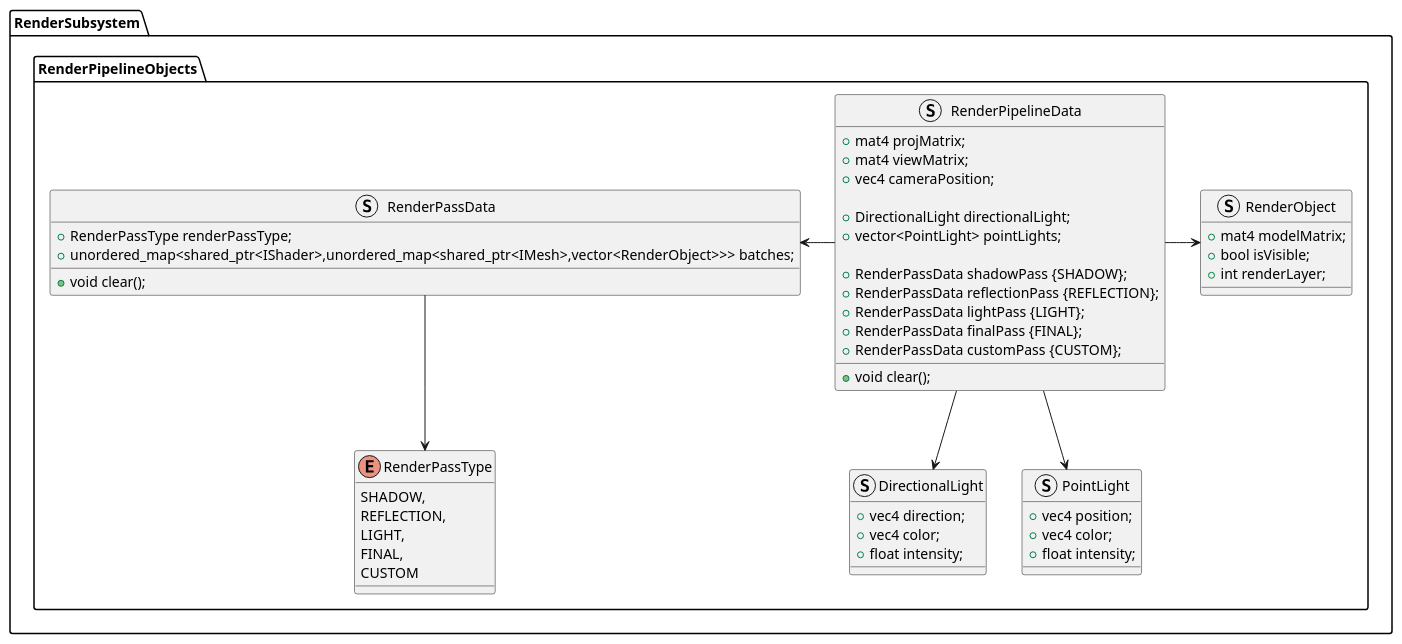
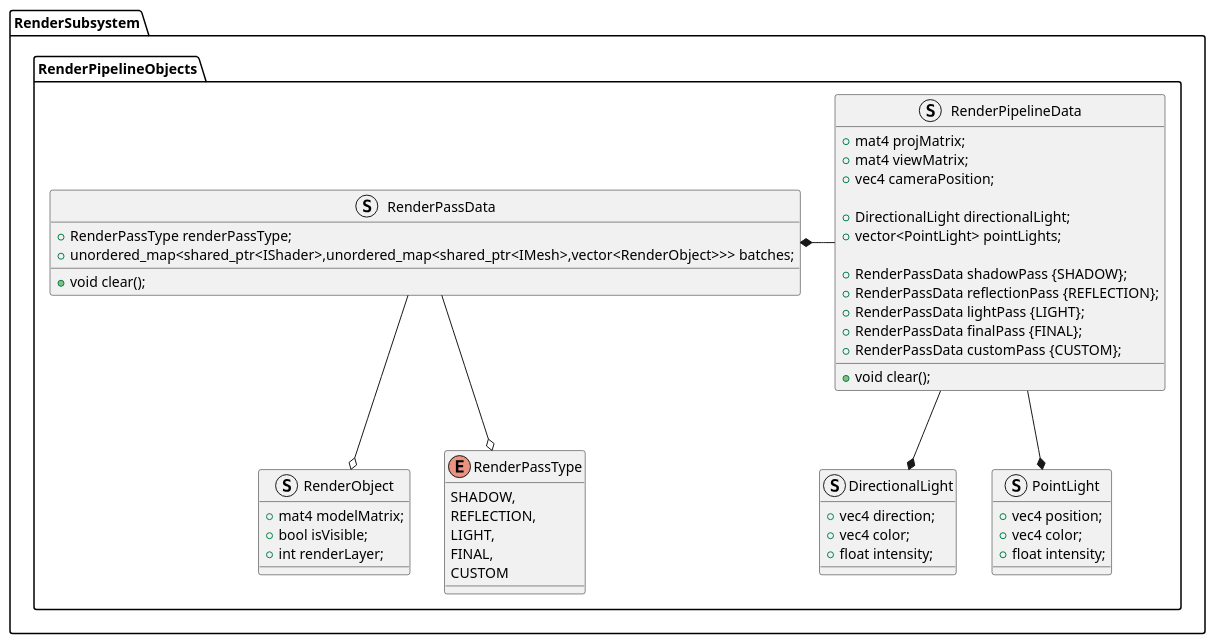
Before and after one commit to MEgorov4/LampyEngine: the diagram in docs/diagrams/src/class_diagram/RenderSubsystem/RenderPipelineObjects.puml, drawn with PlantUML. The commit also changed 14 other files, not shown here.

```diff
--- a/docs/diagrams/src/class_diagram/RenderSubsystem/RenderPipelineObjects.puml
+++ b/docs/diagrams/src/class_diagram/RenderSubsystem/RenderPipelineObjects.puml
@@ -1,66 +1,66 @@
 @startuml
 package RenderSubsystem.RenderPipelineObjects {
     struct DirectionalLight 
     {
         +vec4 direction;
         +vec4 color;
         +float intensity;
     }
 
     struct PointLight
     {
         +vec4 position;
         +vec4 color;
         +float intensity;
     }
 
     struct RenderObject
     {
         +mat4 modelMatrix;
         +bool isVisible;
         +int renderLayer;
     }    
 
     enum RenderPassType
     {
         SHADOW,
         REFLECTION,
         LIGHT,
         FINAL,
         CUSTOM
     }
 
     struct RenderPassData 
     {
         +RenderPassType renderPassType;
         +unordered_map<shared_ptr<IShader>,unordered_map<shared_ptr<IMesh>,vector<RenderObject>>> batches;
         +void clear();
     }
 
     struct RenderPipelineData
     {
         +mat4 projMatrix;
         +mat4 viewMatrix;
         +vec4 cameraPosition;
 
         +DirectionalLight directionalLight;
         +vector<PointLight> pointLights; 
 
         +RenderPassData shadowPass {SHADOW};
         +RenderPassData reflectionPass {REFLECTION};
         +RenderPassData lightPass {LIGHT};
         +RenderPassData finalPass {FINAL};
         +RenderPassData customPass {CUSTOM};
 
         +void clear();
     }
 
-    RenderPassData --> RenderPassType
+    RenderPassData --o RenderPassType
+    RenderPassData --o RenderObject
 
-    RenderPipelineData -> RenderObject
-    RenderPipelineData --> DirectionalLight
-    RenderPipelineData --> PointLight
-    RenderPipelineData -left> RenderPassData
+    RenderPipelineData --* DirectionalLight
+    RenderPipelineData --* PointLight
+    RenderPipelineData -left* RenderPassData
 }
 
 @enduml
```
